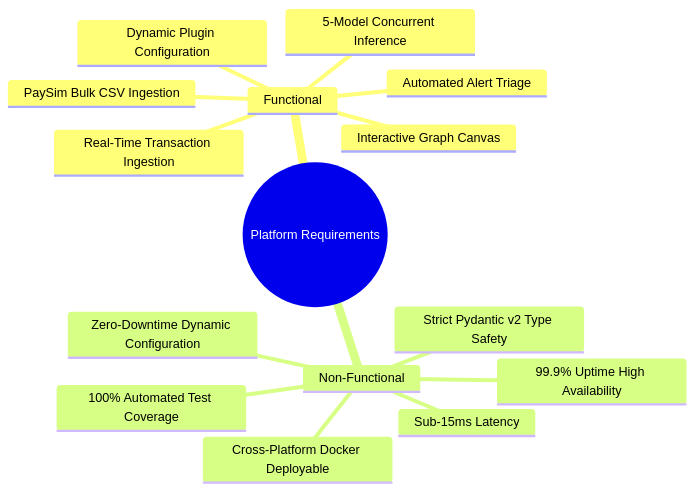
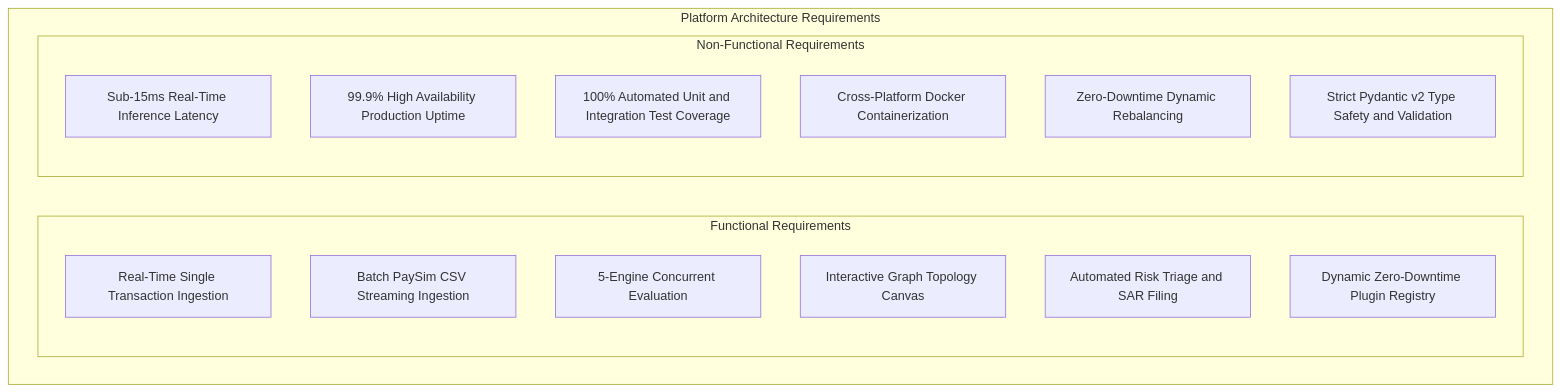
One commit to BharathKumar113/anti_money_laundering changed the fifth of 13 diagrams in documentation.md. Above: the diagram before and after it, drawn with Mermaid. The commit also changed other lines of this file, not shown here.

Commit message:
fix(docs): resolve rich display render issues, sanitize Mermaid diagrams, and add visual layout cards

````diff
--- a/documentation.md
+++ b/documentation.md
@@ -211,18 +260,22 @@
 ```mermaid
-mindmap
-  root((Platform Requirements))
-    Functional
-      Real-Time Transaction Ingestion
-      PaySim Bulk CSV Ingestion
-      5-Model Concurrent Inference
-      Interactive Graph Canvas
-      Automated Alert Triage
-      Dynamic Plugin Configuration
-    Non-Functional
-      Sub-15ms Latency
-      99.9% Uptime High Availability
-      100% Automated Test Coverage
-      Cross-Platform Docker Deployable
-      Zero-Downtime Dynamic Configuration
-      Strict Pydantic v2 Type Safety
+flowchart TD
+    subgraph Requirements["Platform Architecture Requirements"]
+        subgraph Functional["Functional Requirements"]
+            F1["Real-Time Single Transaction Ingestion"]
+            F2["Batch PaySim CSV Streaming Ingestion"]
+            F3["5-Engine Concurrent Evaluation"]
+            F4["Interactive Graph Topology Canvas"]
+            F5["Automated Risk Triage and SAR Filing"]
+            F6["Dynamic Zero-Downtime Plugin Registry"]
+        end
+
+        subgraph NonFunctional["Non-Functional Requirements"]
+            NF1["Sub-15ms Real-Time Inference Latency"]
+            NF2["99.9% High Availability Production Uptime"]
+            NF3["100% Automated Unit and Integration Test Coverage"]
+            NF4["Cross-Platform Docker Containerization"]
+            NF5["Zero-Downtime Dynamic Rebalancing"]
+            NF6["Strict Pydantic v2 Type Safety and Validation"]
+        end
+    end
 ```
````
